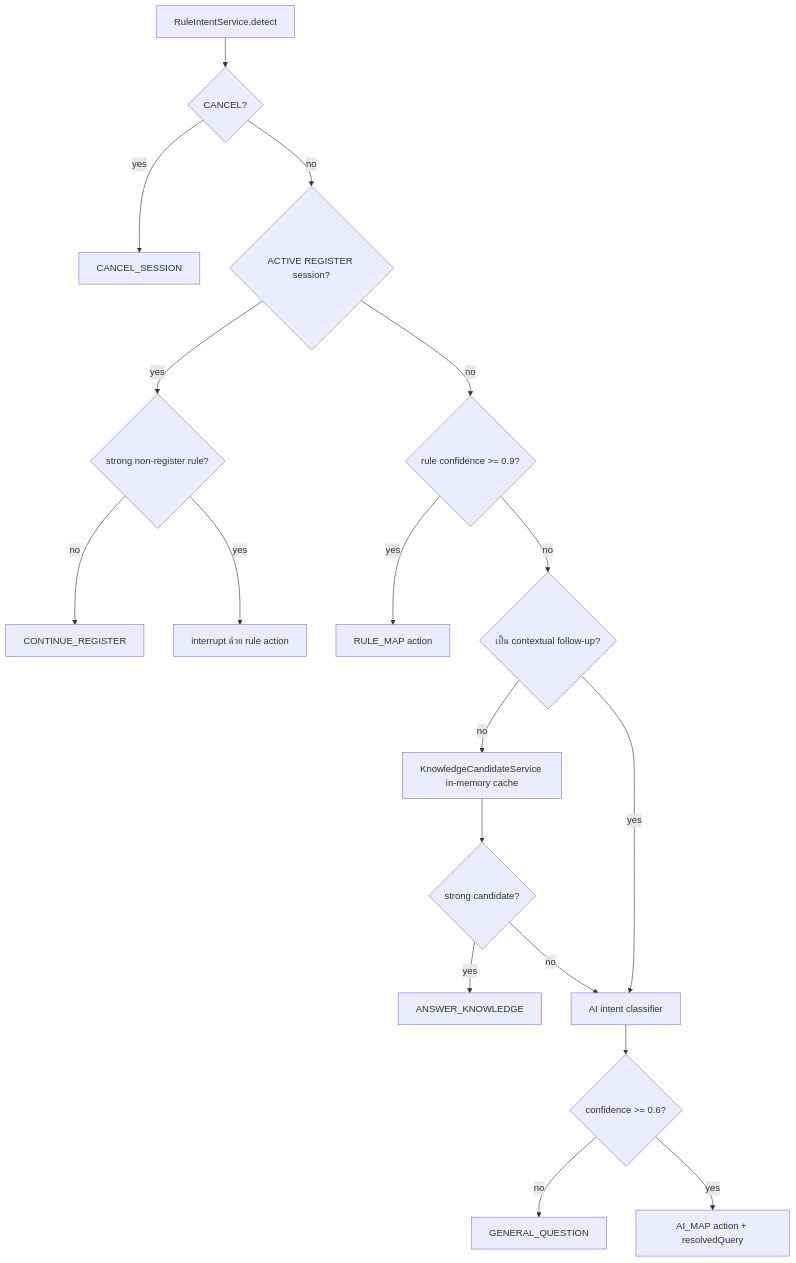
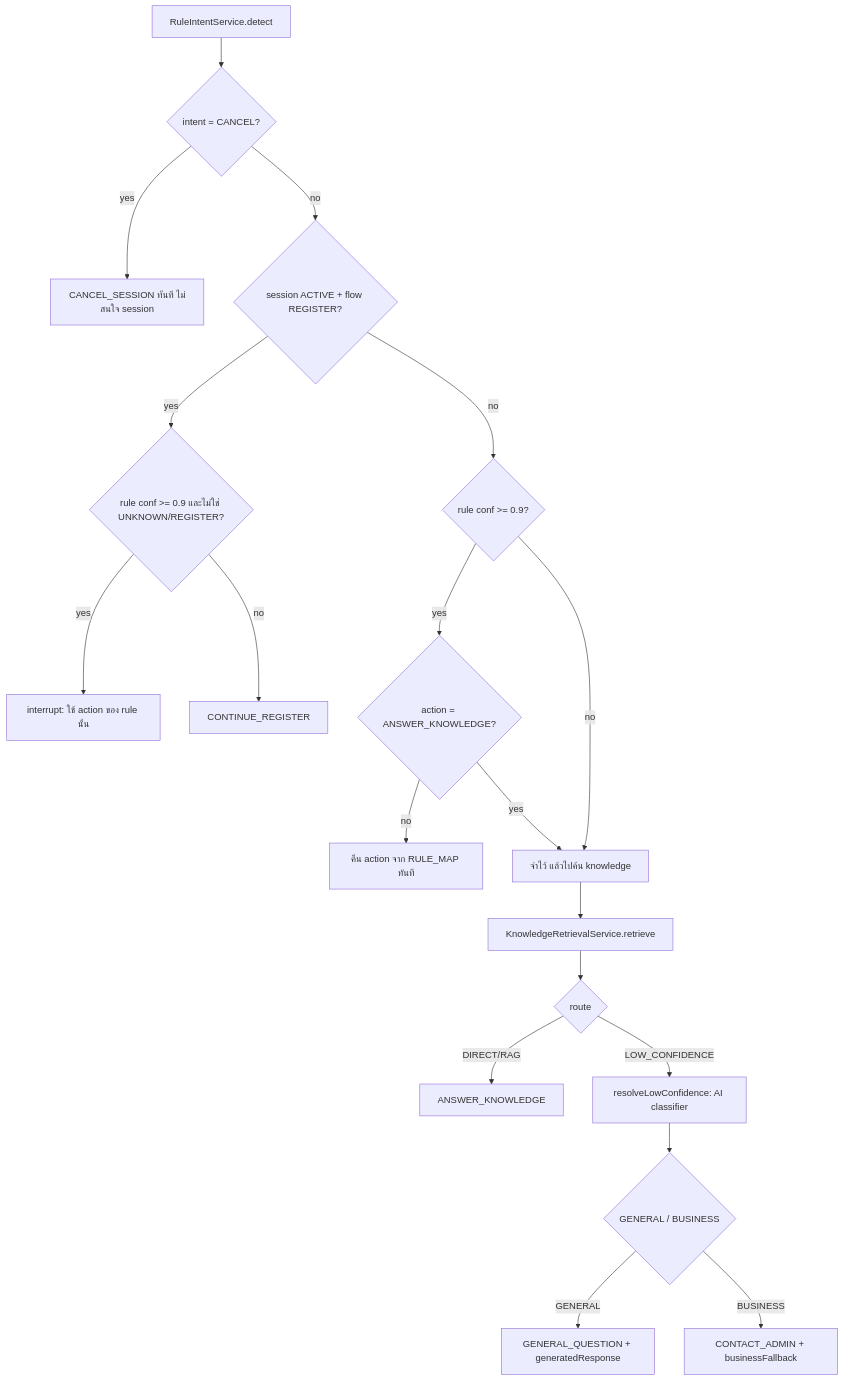
One commit to Codeine999/chatbot-agents changed the second of 4 diagrams in docs/line-message-e2e-current.md. Above: the diagram before and after it, drawn with Mermaid. The commit also changed other lines of this file and 5 other files, not shown here.

````diff
--- a/docs/line-message-e2e-current.md
+++ b/docs/line-message-e2e-current.md
@@ -336,20 +568,21 @@
 ```mermaid
 flowchart TD
-    A[RuleIntentService.detect] --> B{CANCEL?}
-    B -- yes --> C[CANCEL_SESSION]
-    B -- no --> D{ACTIVE REGISTER session?}
-    D -- yes --> E{strong non-register rule?}
-    E -- no --> F[CONTINUE_REGISTER]
-    E -- yes --> G[interrupt ด้วย rule action]
-    D -- no --> H{rule confidence >= 0.9?}
-    H -- yes --> I[RULE_MAP action]
-    H -- no --> J{เป็น contextual follow-up?}
-    J -- no --> K[KnowledgeCandidateService in-memory cache]
-    K --> L{strong candidate?}
-    L -- yes --> M[ANSWER_KNOWLEDGE]
-    L -- no --> N[AI intent classifier]
-    J -- yes --> N
-    N --> O{confidence >= 0.6?}
-    O -- no --> P[GENERAL_QUESTION]
-    O -- yes --> Q[AI_MAP action + resolvedQuery]
+    A[RuleIntentService.detect] --> B{intent = CANCEL?}
+    B -- yes --> C[CANCEL_SESSION ทันที ไม่สนใจ session]
+    B -- no --> D{session ACTIVE + flow REGISTER?}
+    D -- yes --> E{rule conf >= 0.9 และไม่ใช่ UNKNOWN/REGISTER?}
+    E -- yes --> F[interrupt: ใช้ action ของ rule นั้น]
+    E -- no --> G[CONTINUE_REGISTER]
+    D -- no --> H{rule conf >= 0.9?}
+    H -- yes --> I{action = ANSWER_KNOWLEDGE?}
+    I -- no --> J[คืน action จาก RULE_MAP ทันที]
+    I -- yes --> K[จำไว้ แล้วไปค้น knowledge]
+    H -- no --> K
+    K --> L[KnowledgeRetrievalService.retrieve]
+    L --> M{route}
+    M -- DIRECT/RAG --> N[ANSWER_KNOWLEDGE]
+    M -- LOW_CONFIDENCE --> O[resolveLowConfidence: AI classifier]
+    O --> P{GENERAL / BUSINESS}
+    P -- GENERAL --> Q[GENERAL_QUESTION + generatedResponse]
+    P -- BUSINESS --> R[CONTACT_ADMIN + businessFallback]
 ```
````
